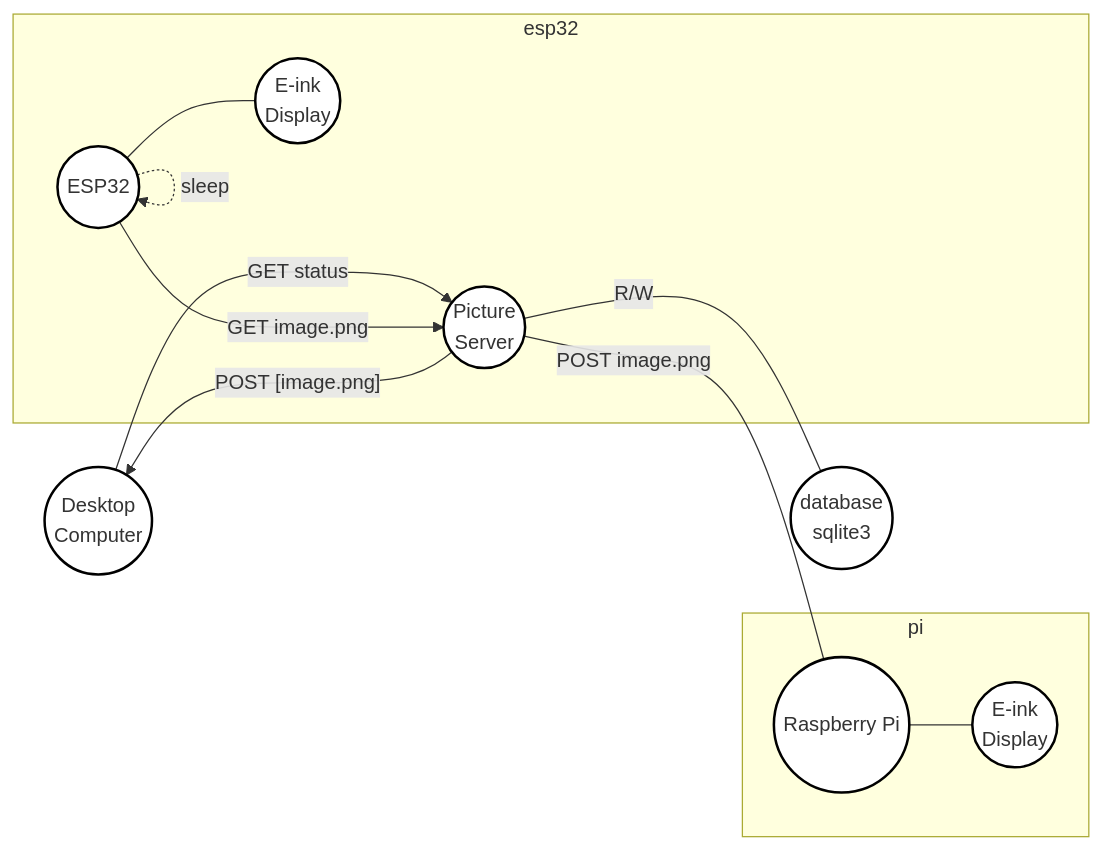
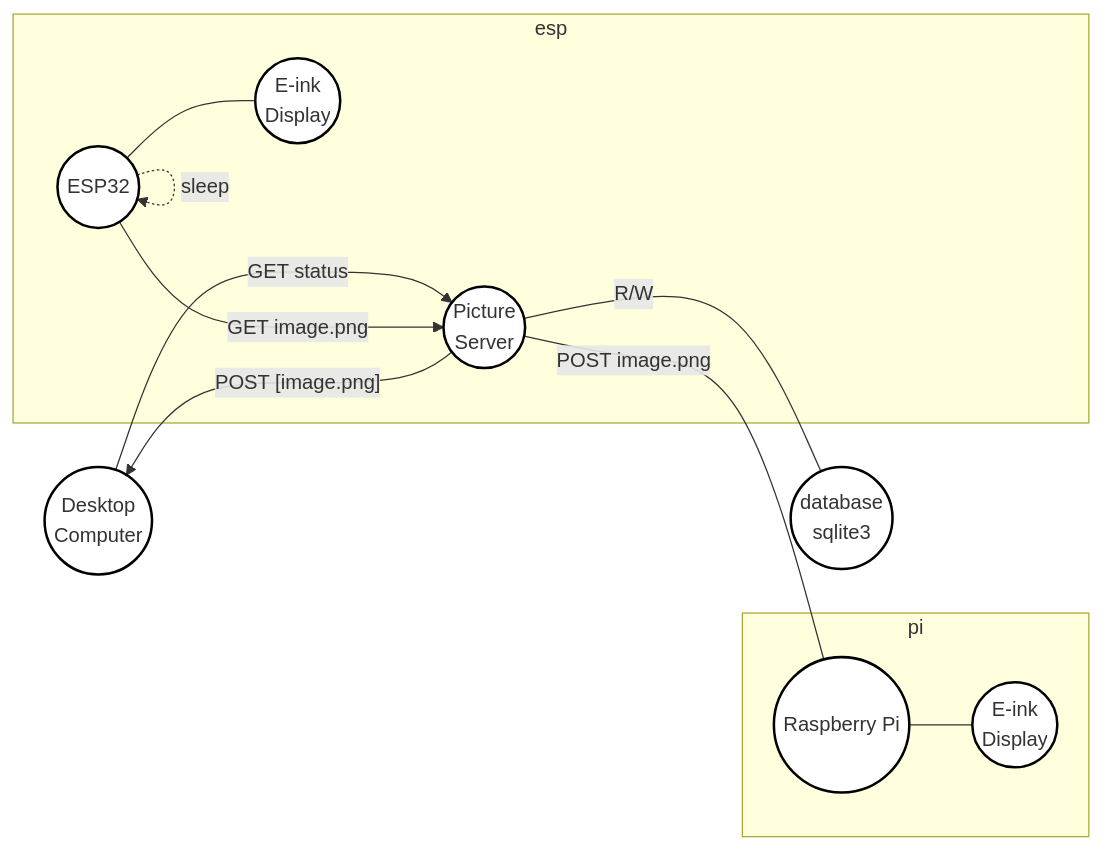
Before and after one commit to charnley/blog: the diagram in _drafts/2025-03-02-building-your-own-ai-and-e-ink-powered-art-gallery-local.md, drawn with Mermaid.

````diff
--- a/_drafts/2025-03-02-building-your-own-ai-and-e-ink-powered-art-gallery-local.md
+++ b/_drafts/2025-03-02-building-your-own-ai-and-e-ink-powered-art-gallery-local.md
@@ -20,19 +20,20 @@
 ```mermaid
 flowchart LR
+
     A(("Desktop<br>Computer")) --->|"GET status"| B(("Picture<br>Server"))
     B -->|"POST [image.png]"| A
     B ---|"R/W"| C(("database<br>sqlite3"))
 
-    subgraph esp32
+    subgraph esp
     D(("ESP32")) ---> |"GET image.png"| B
     D -..->|sleep| D
     D --- E(("E-ink<br>Display"))
     end
 
     subgraph pi
     B ---|"POST image.png"| F(("Raspberry Pi"))
     F --- G(("E-ink<br>Display"))
     end
     
     classDef default fill:white,stroke:black,stroke-width:2px;
 ```
````
